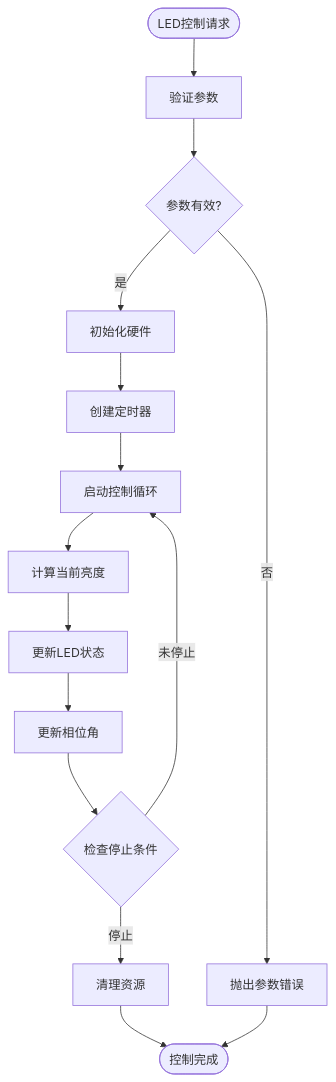
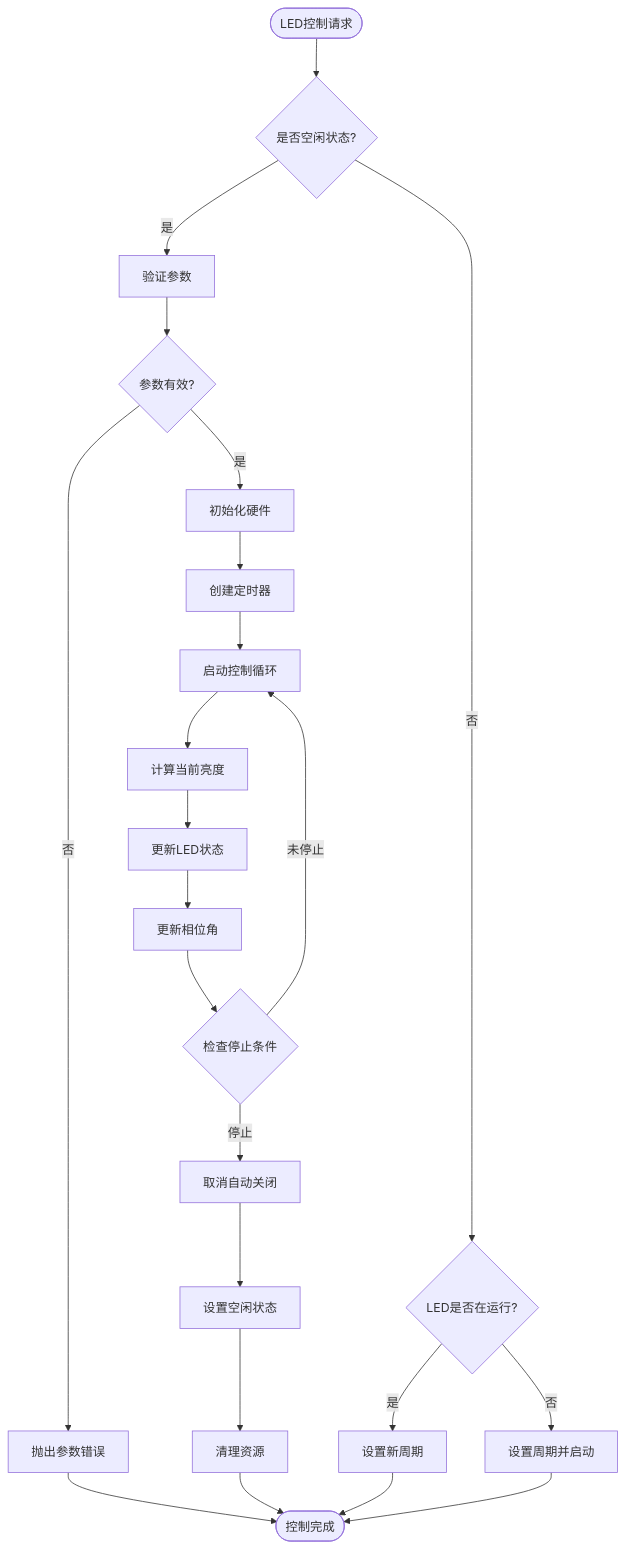
Before and after one commit to qq20739111/weilushishe-lishitai: the seventh of 13 diagrams in .qoder/repowiki/zh/content/核心模块/核心模块.md, drawn with Mermaid. The commit also changed other lines of this file and 23 other files, not shown here.

````diff
--- a/.qoder/repowiki/zh/content/核心模块/核心模块.md
+++ b/.qoder/repowiki/zh/content/核心模块/核心模块.md
@@ -425,17 +530,25 @@
 ```mermaid
 flowchart TD
-Start([LED控制请求]) --> ValidateParams["验证参数"]
+Start([LED控制请求]) --> CheckIdle{"是否空闲状态?"}
+CheckIdle --> |是| ValidateParams["验证参数"]
+CheckIdle --> |否| CheckRunning{"LED是否在运行?"}
 ValidateParams --> ParamsValid{"参数有效?"}
 ParamsValid --> |否| ThrowError["抛出参数错误"]
 ParamsValid --> |是| SetupHardware["初始化硬件"]
 SetupHardware --> CreateTimer["创建定时器"]
 CreateTimer --> StartLoop["启动控制循环"]
 StartLoop --> CalculateBrightness["计算当前亮度"]
 CalculateBrightness --> UpdateLED["更新LED状态"]
 UpdateLED --> UpdateAngle["更新相位角"]
 UpdateAngle --> CheckStop{"检查停止条件"}
 CheckStop --> |未停止| StartLoop
-CheckStop --> |停止| Cleanup["清理资源"]
+CheckStop --> |停止| CancelAutoOff["取消自动关闭"]
+CancelAutoOff --> SetIdle["设置空闲状态"]
+SetIdle --> Cleanup["清理资源"]
 Cleanup --> End([控制完成])
+CheckRunning --> |是| SetCycle["设置新周期"]
+CheckRunning --> |否| SetAndStart["设置周期并启动"]
+SetCycle --> End
+SetAndStart --> End
 ThrowError --> End
 ```
````
